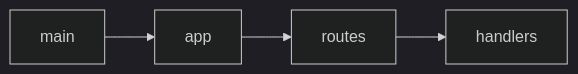
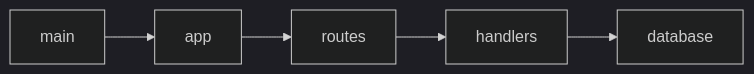
Before and after one commit to yonush/ADS4: the diagram in ADS4 Todo.md, drawn with Mermaid (dark theme). The commit also changed other lines of this file and 32 other files, not shown here.

````diff
--- a/ADS4 Todo.md
+++ b/ADS4 Todo.md
@@ -72,4 +63,4 @@
 ``` mermaid
   flowchart LR
-    main-->app-->routes-->handlers
+    main-->app-->routes-->handlers-->database
 ```
````
